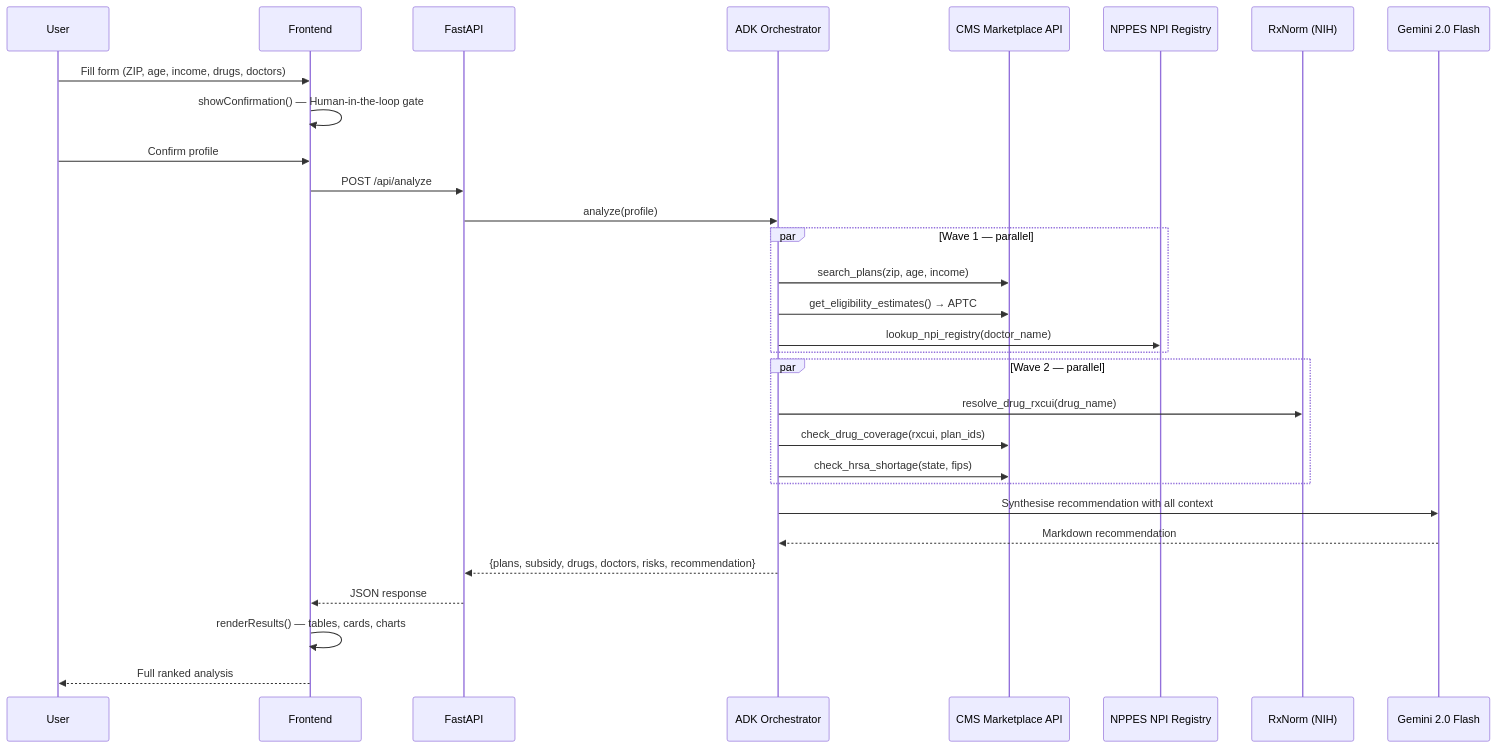
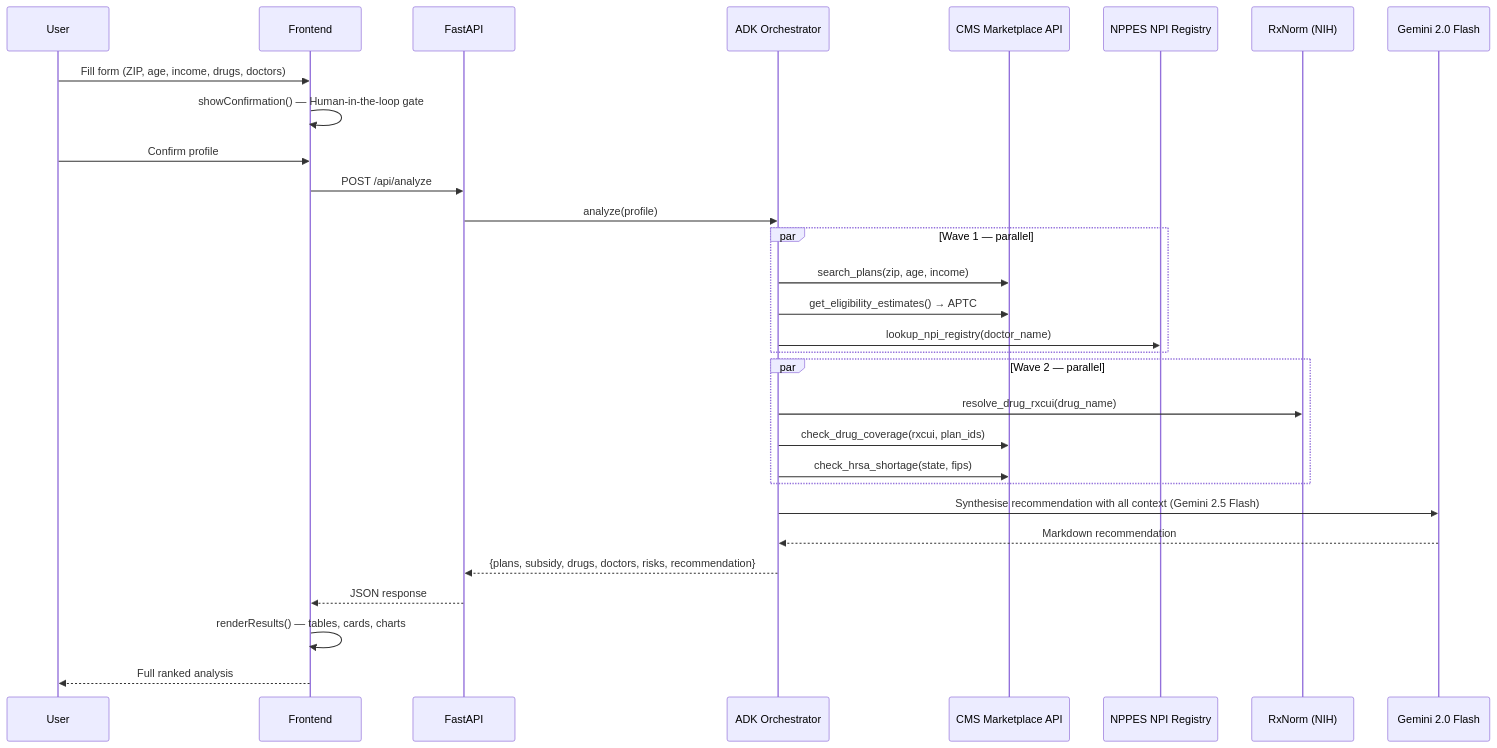
Before and after one commit to ritwiksharan/CoverWise: the second of 5 diagrams in README.md, drawn with Mermaid. The commit also changed other lines of this file and 9 other files, not shown here.

````diff
--- a/README.md
+++ b/README.md
@@ -82,36 +84,36 @@
 ```mermaid
 sequenceDiagram
     participant U as User
     participant FE as Frontend
     participant API as FastAPI
     participant ORCH as ADK Orchestrator
     participant CMS as CMS Marketplace API
     participant NPPES as NPPES NPI Registry
     participant RX as RxNorm (NIH)
     participant GEM as Gemini 2.0 Flash
 
     U->>FE: Fill form (ZIP, age, income, drugs, doctors)
     FE->>FE: showConfirmation() — Human-in-the-loop gate
     U->>FE: Confirm profile
     FE->>API: POST /api/analyze
     API->>ORCH: analyze(profile)
 
     par Wave 1 — parallel
         ORCH->>CMS: search_plans(zip, age, income)
         ORCH->>CMS: get_eligibility_estimates() → APTC
         ORCH->>NPPES: lookup_npi_registry(doctor_name)
     end
 
     par Wave 2 — parallel
         ORCH->>RX: resolve_drug_rxcui(drug_name)
         ORCH->>CMS: check_drug_coverage(rxcui, plan_ids)
         ORCH->>CMS: check_hrsa_shortage(state, fips)
     end
 
-    ORCH->>GEM: Synthesise recommendation with all context
+    ORCH->>GEM: Synthesise recommendation with all context (Gemini 2.5 Flash)
     GEM-->>ORCH: Markdown recommendation
     ORCH-->>API: {plans, subsidy, drugs, doctors, risks, recommendation}
     API-->>FE: JSON response
     FE->>FE: renderResults() — tables, cards, charts
     FE-->>U: Full ranked analysis
 ```
````
